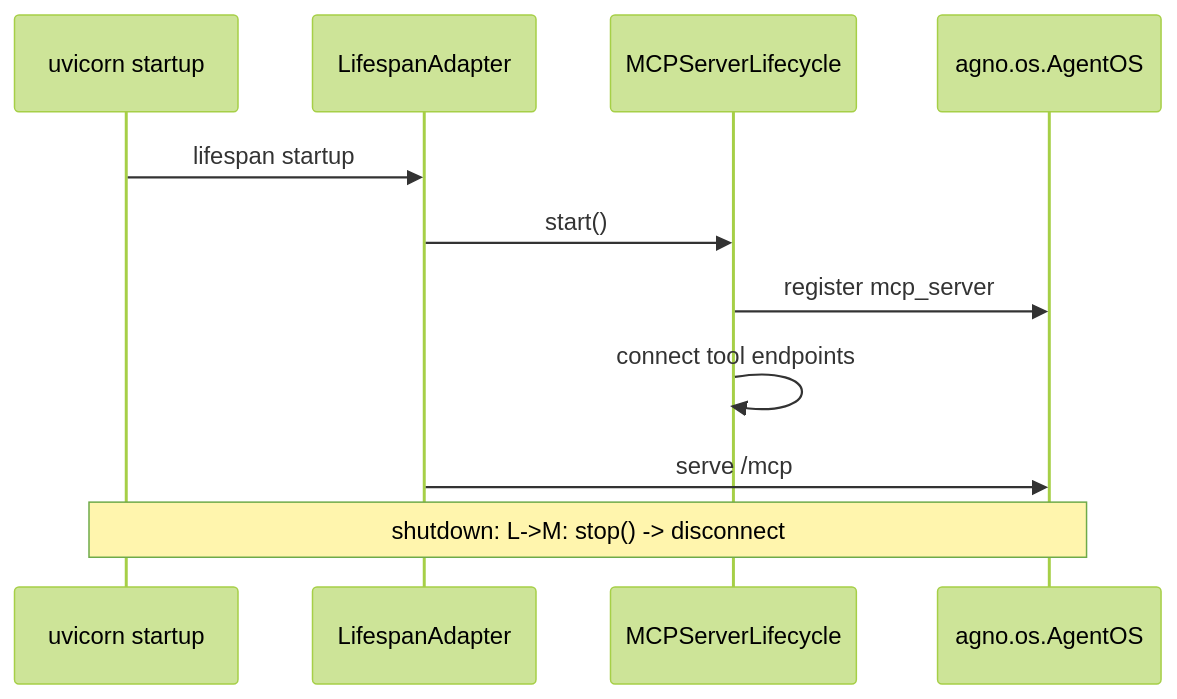
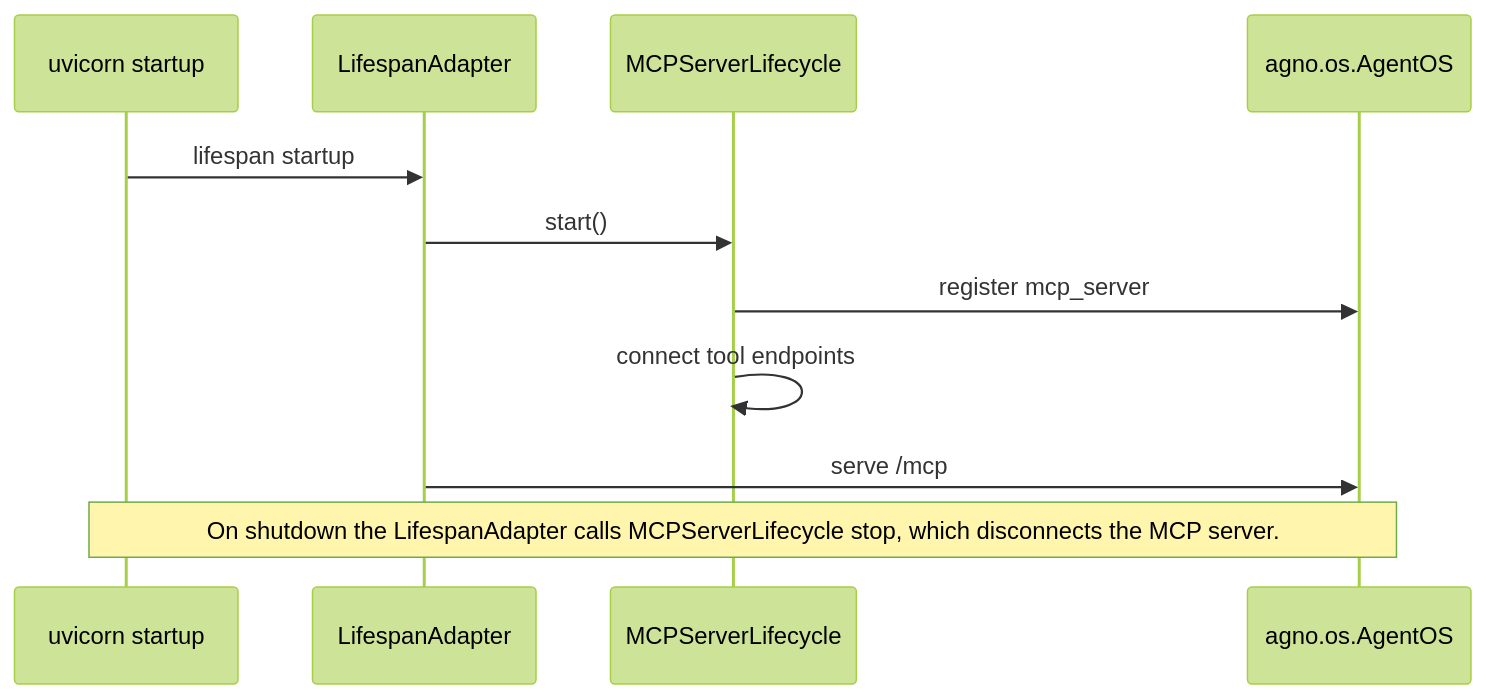
One commit to CENFARG/yaml-agno changed the second of 3 diagrams in specs/SPEC_12_AGENTOS_CONTROL_PLANE.md. Above: the diagram before and after it, drawn with Mermaid (forest theme). The commit also changed other lines of this file and 19 other files, not shown here.

````diff
--- a/specs/SPEC_12_AGENTOS_CONTROL_PLANE.md
+++ b/specs/SPEC_12_AGENTOS_CONTROL_PLANE.md
@@ -490,13 +516,13 @@
 ```mermaid
 sequenceDiagram
     participant U as uvicorn startup
     participant L as LifespanAdapter
     participant M as MCPServerLifecycle
     participant A as agno.os.AgentOS
     U->>L: lifespan startup
     L->>M: start()
     M->>A: register mcp_server
     M->>M: connect tool endpoints
     L->>A: serve /mcp
-    Note over U,A: shutdown: L->M: stop() -> disconnect
+    Note over U,A: On shutdown the LifespanAdapter calls MCPServerLifecycle stop, which disconnects the MCP server.
 ```
````
